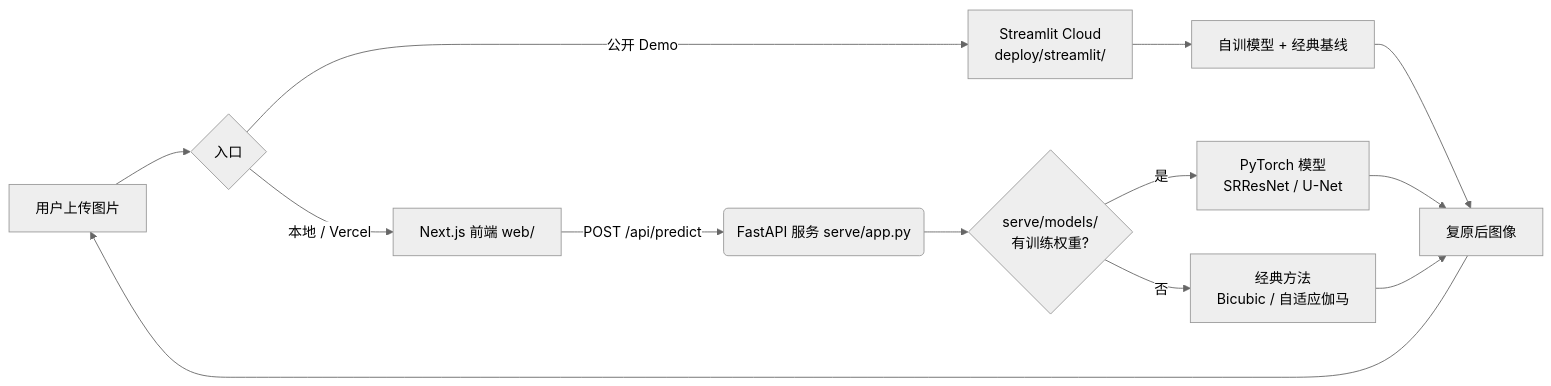
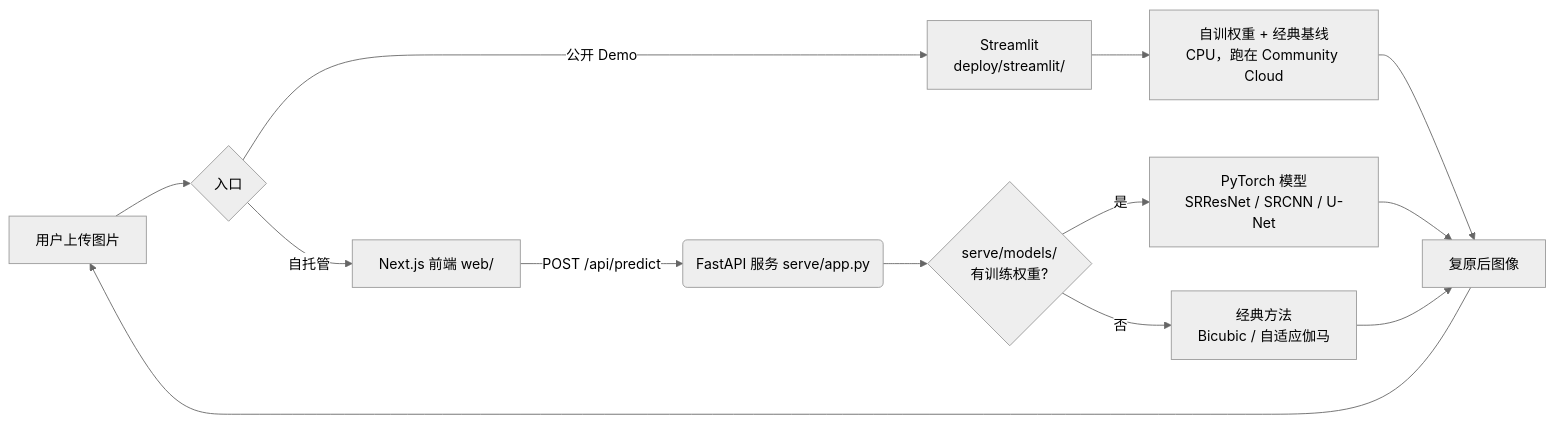
One commit to ElijahZhao/pixelforge-image-restoration- changed the diagram in README.zh-CN.md. Above: the diagram before and after it, drawn with Mermaid (neutral theme). The commit also changed other lines of this file and 2 other files, not shown here.

````diff
--- a/README.zh-CN.md
+++ b/README.zh-CN.md
@@ -104,15 +140,15 @@
 ```mermaid
 flowchart LR
     A[用户上传图片] --> B{入口}
-    B -->|公开 Demo| C[Streamlit Cloud<br/>deploy/streamlit/]
-    B -->|本地 / Vercel| D[Next.js 前端 web/]
-    C --> E[自训模型 + 经典基线]
+    B -->|公开 Demo| C[Streamlit<br/>deploy/streamlit/]
+    B -->|自托管| D[Next.js 前端 web/]
+    C --> E[自训权重 + 经典基线<br/>CPU，跑在 Community Cloud]
     D -->|POST /api/predict| F(FastAPI 服务 serve/app.py)
     F --> G{serve/models/<br/>有训练权重?}
-    G -->|是| H[PyTorch 模型<br/>SRResNet / U-Net]
+    G -->|是| H[PyTorch 模型<br/>SRResNet / SRCNN / U-Net]
     G -->|否| I[经典方法<br/>Bicubic / 自适应伽马]
     E --> J[复原后图像]
     H --> J
     I --> J
     J --> A
 ```
````
